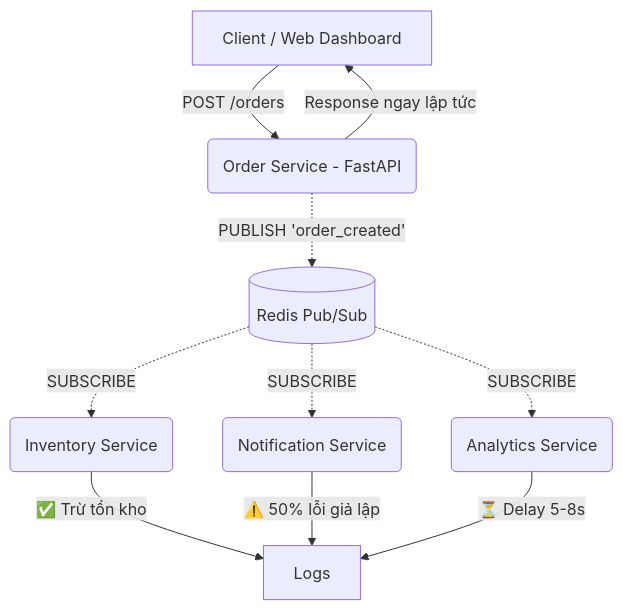
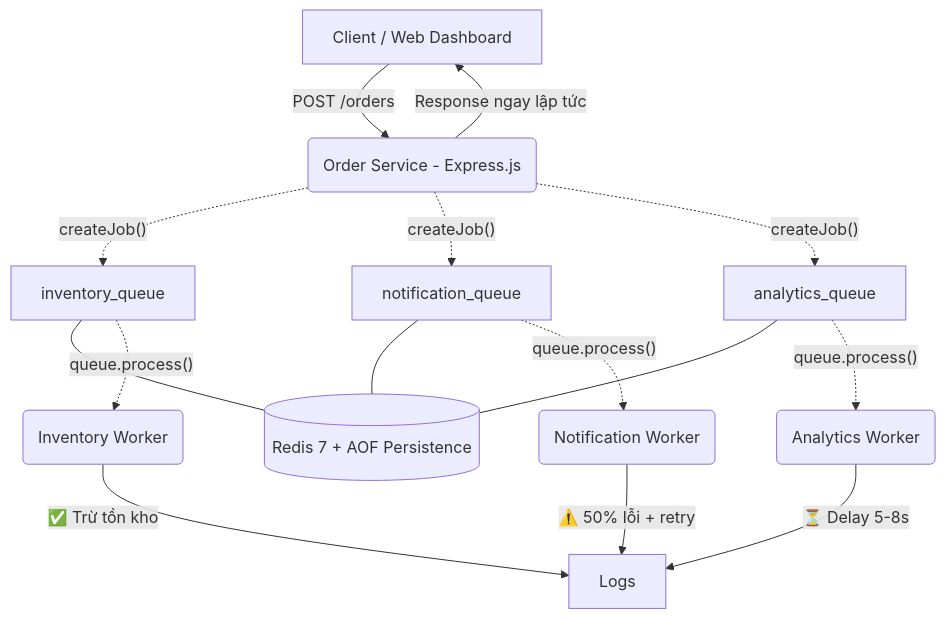
The diagram in README.md (ZanoKuro/lab6), drawn with Mermaid before and after one commit. The commit also changed other lines of this file and 27 other files, not shown here.

Commit message:
Migrate from Python Redis Pub/Sub to Node.js Bee Queue

````diff
--- a/README.md
+++ b/README.md
@@ -26,15 +25,19 @@
 ```mermaid
 graph TD
-    Client[Client / Web Dashboard] -->|POST /orders| OrderService(Order Service - FastAPI)
+    Client["Client / Web Dashboard"] -->|POST /orders| OrderService("Order Service - Express.js")
     OrderService -->|Response ngay lập tức| Client
     
-    OrderService -.->|PUBLISH 'order_created'| Redis[(Redis Pub/Sub)]
+    OrderService -.->|"createJob()"| Q1["inventory_queue"]
+    OrderService -.->|"createJob()"| Q2["notification_queue"]
+    OrderService -.->|"createJob()"| Q3["analytics_queue"]
     
-    Redis -.->|SUBSCRIBE| InventoryService(Inventory Service)
-    Redis -.->|SUBSCRIBE| NotificationService(Notification Service)
-    Redis -.->|SUBSCRIBE| AnalyticsService(Analytics Service)
+    Q1 & Q2 & Q3 --- Redis[("Redis 7 + AOF Persistence")]
     
-    InventoryService -->|✅ Trừ tồn kho| Logs
-    NotificationService -->|⚠️ 50% lỗi giả lập| Logs
-    AnalyticsService -->|⏳ Delay 5-8s| Logs
+    Q1 -.->|"queue.process()"| InventoryService("Inventory Worker")
+    Q2 -.->|"queue.process()"| NotificationService("Notification Worker")
+    Q3 -.->|"queue.process()"| AnalyticsService("Analytics Worker")
+    
+    InventoryService -->|"✅ Trừ tồn kho"| Logs
+    NotificationService -->|"⚠️ 50% lỗi + retry"| Logs
+    AnalyticsService -->|"⏳ Delay 5-8s"| Logs
 ```
````
